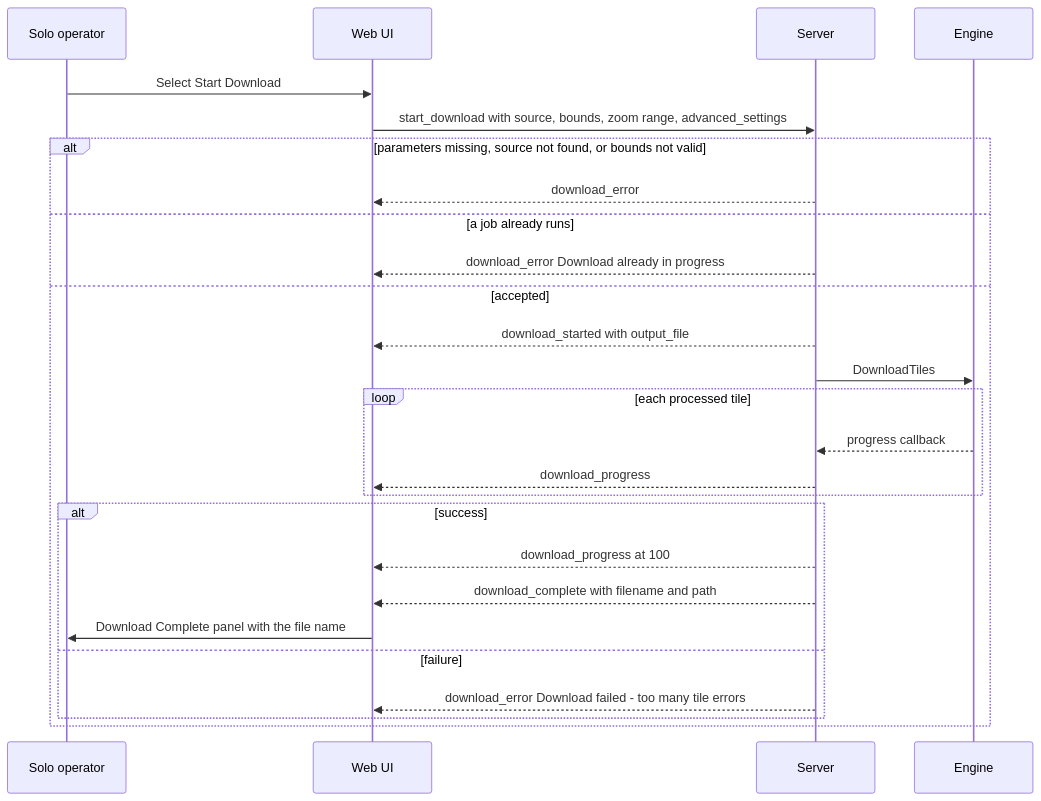
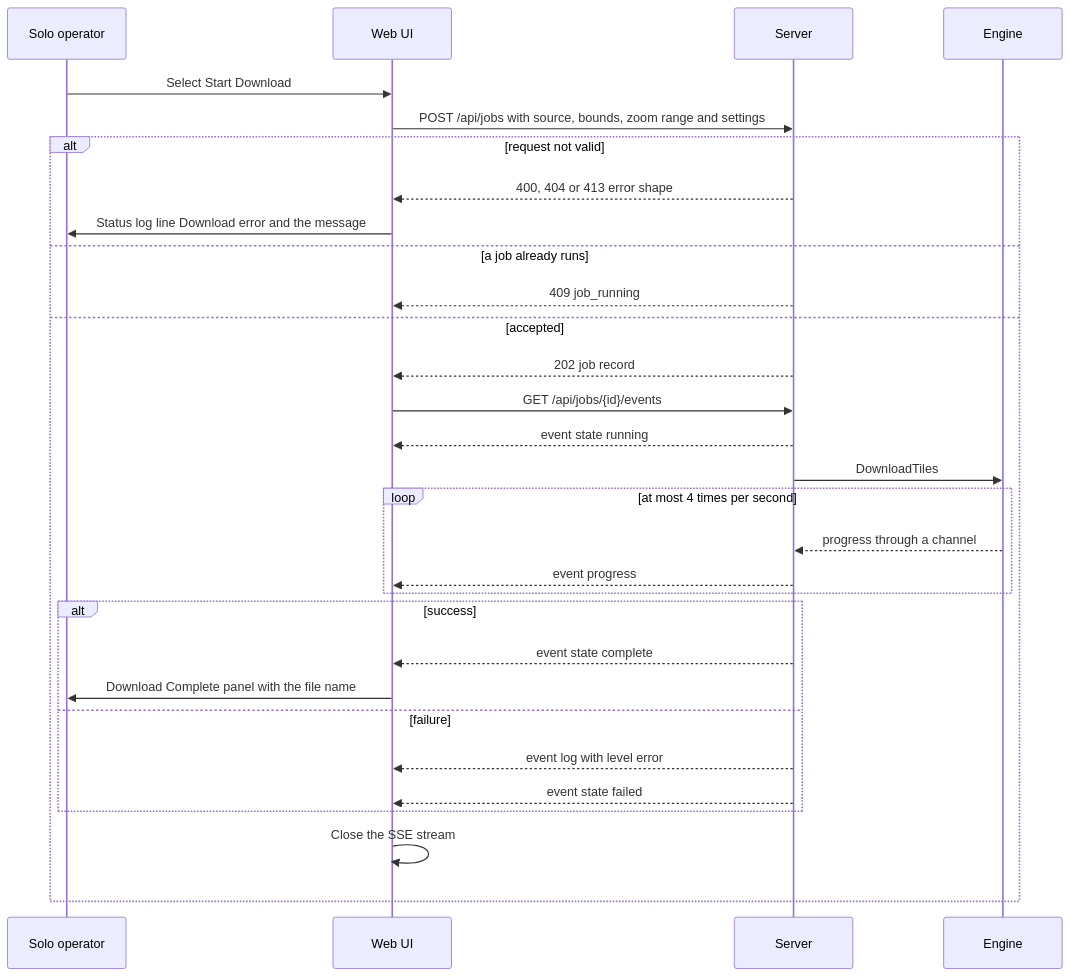
One commit to Crank-Git/ATAKMapDownloader changed the first of 3 diagrams in docs/specs/features/04-web-ui.md. Above: the diagram before and after it, drawn with Mermaid. The commit also changed other lines of this file and 15 other files, not shown here.

````diff
--- a/docs/specs/features/04-web-ui.md
+++ b/docs/specs/features/04-web-ui.md
@@ -73,28 +81,32 @@
 ```mermaid
 sequenceDiagram
     participant U as Solo operator
     participant W as Web UI
     participant S as Server
     participant E as Engine
     U->>W: Select Start Download
-    W->>S: start_download with source, bounds, zoom range, advanced_settings
-    alt parameters missing, source not found, or bounds not valid
-        S-->>W: download_error
+    W->>S: POST /api/jobs with source, bounds, zoom range and settings
+    alt request not valid
+        S-->>W: 400, 404 or 413 error shape
+        W->>U: Status log line Download error and the message
     else a job already runs
-        S-->>W: download_error Download already in progress
+        S-->>W: 409 job_running
     else accepted
-        S-->>W: download_started with output_file
+        S-->>W: 202 job record
+        W->>S: GET /api/jobs/{id}/events
+        S-->>W: event state running
         S->>E: DownloadTiles
-        loop each processed tile
-            E-->>S: progress callback
-            S-->>W: download_progress
+        loop at most 4 times per second
+            E-->>S: progress through a channel
+            S-->>W: event progress
         end
         alt success
-            S-->>W: download_progress at 100
-            S-->>W: download_complete with filename and path
+            S-->>W: event state complete
             W->>U: Download Complete panel with the file name
         else failure
-            S-->>W: download_error Download failed - too many tile errors
+            S-->>W: event log with level error
+            S-->>W: event state failed
         end
+        W->>W: Close the SSE stream
     end
 ```
````
